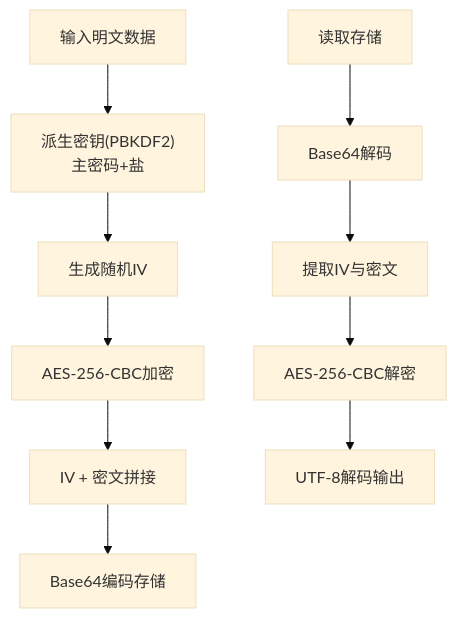
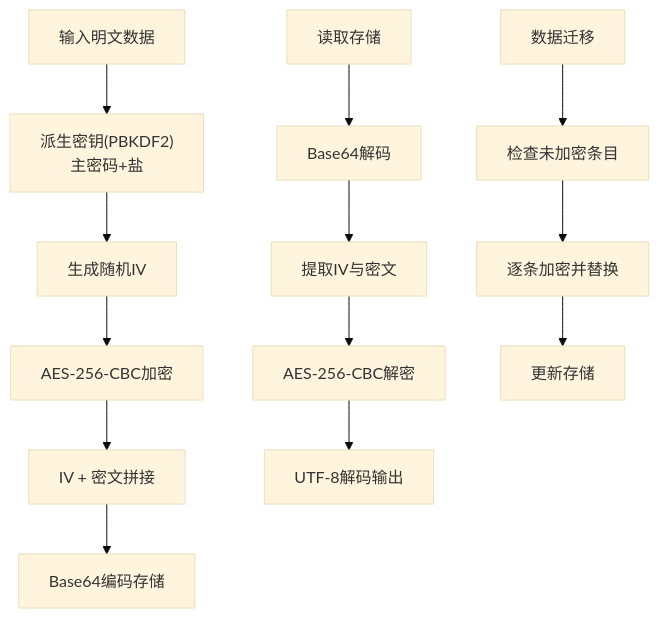
Before and after one commit to liaolongdong/account-password-helper: the sixth of 8 diagrams in .qoder/repowiki/zh/content/安全机制/安全机制.md, drawn with Mermaid (base theme). The commit also changed other lines of this file and 7 other files, not shown here.

````diff
--- a/.qoder/repowiki/zh/content/安全机制/安全机制.md
+++ b/.qoder/repowiki/zh/content/安全机制/安全机制.md
@@ -177,12 +283,15 @@
 ```mermaid
 flowchart TD
 A["输入明文数据"] --> B["派生密钥(PBKDF2)<br/>主密码+盐"]
 B --> C["生成随机IV"]
 C --> D["AES-256-CBC加密"]
 D --> E["IV + 密文拼接"]
 E --> F["Base64编码存储"]
 G["读取存储"] --> H["Base64解码"]
 H --> I["提取IV与密文"]
 I --> J["AES-256-CBC解密"]
 J --> K["UTF-8解码输出"]
+L["数据迁移"] --> M["检查未加密条目"]
+M --> N["逐条加密并替换"]
+N --> O["更新存储"]
 ```
````
